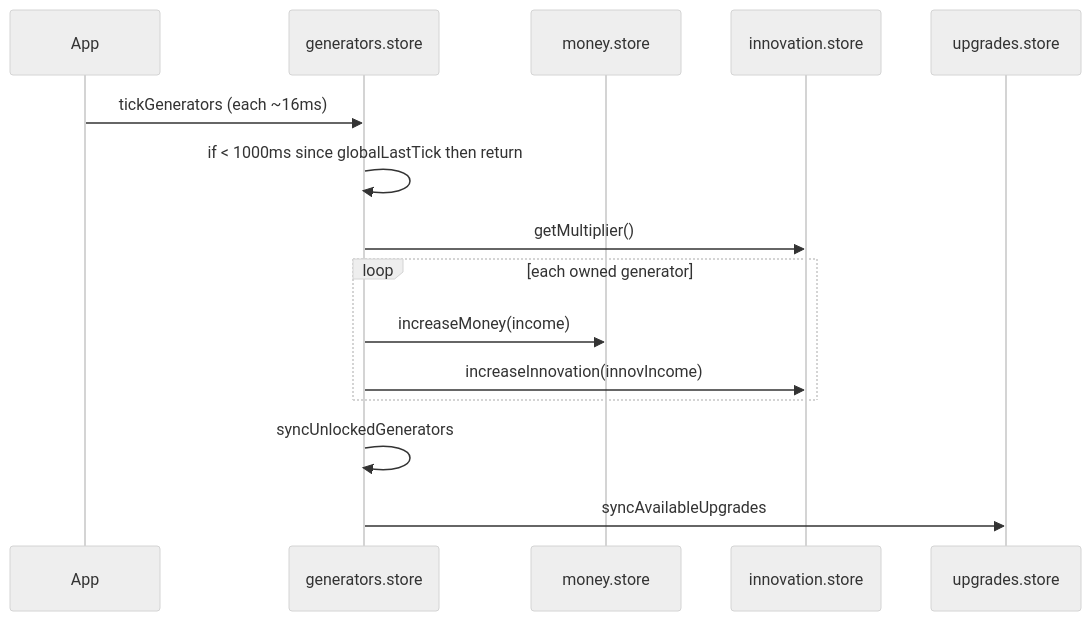
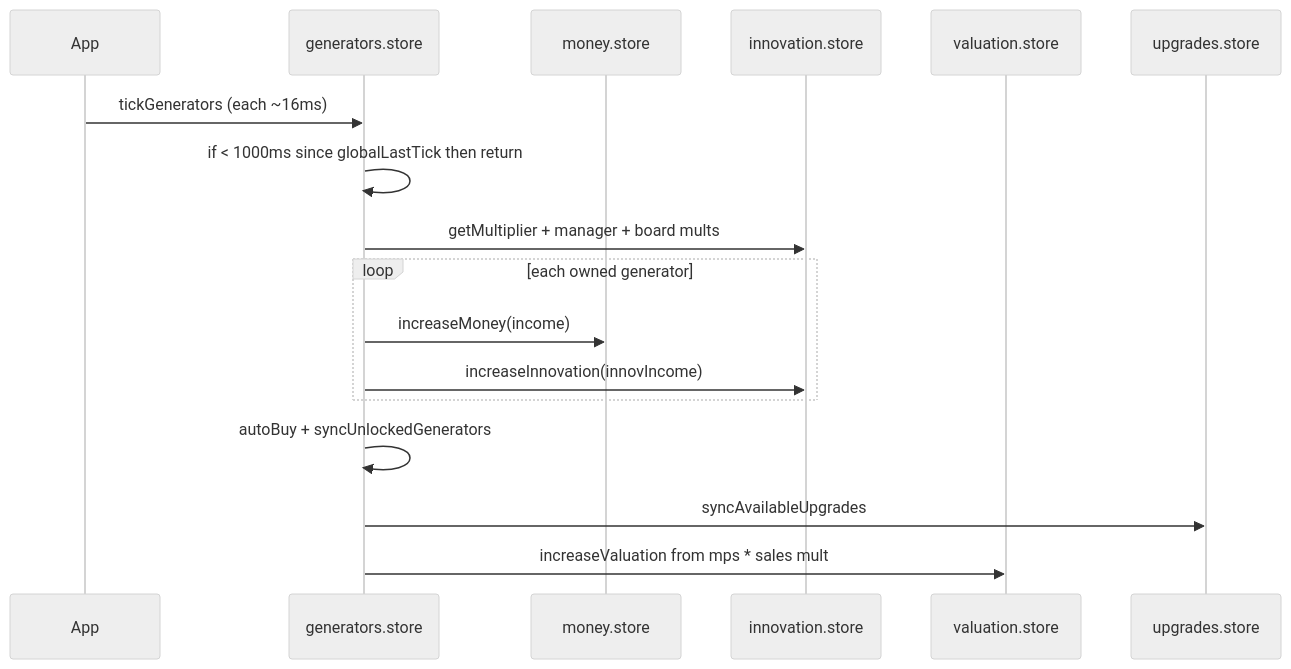
One commit to hevans90/startup-idle changed the first of 2 diagrams in docs/domain-model.md. Above: the diagram before and after it, drawn with Mermaid (neutral theme). The commit also changed other lines of this file and 12 other files, not shown here.

````diff
--- a/docs/domain-model.md
+++ b/docs/domain-model.md
@@ -48,18 +56,20 @@
 ```mermaid
 sequenceDiagram
   participant App
   participant Gen as generators.store
   participant Money as money.store
   participant Inn as innovation.store
+  participant Val as valuation.store
   participant Up as upgrades.store
 
   App->>Gen: tickGenerators (each ~16ms)
   Gen->>Gen: if < 1000ms since globalLastTick then return
-  Gen->>Inn: getMultiplier()
+  Gen->>Inn: getMultiplier + manager + board mults
   loop each owned generator
     Gen->>Money: increaseMoney(income)
     Gen->>Inn: increaseInnovation(innovIncome)
   end
-  Gen->>Gen: syncUnlockedGenerators
+  Gen->>Gen: autoBuy + syncUnlockedGenerators
   Gen->>Up: syncAvailableUpgrades
+  Gen->>Val: increaseValuation from mps * sales mult
 ```
````
